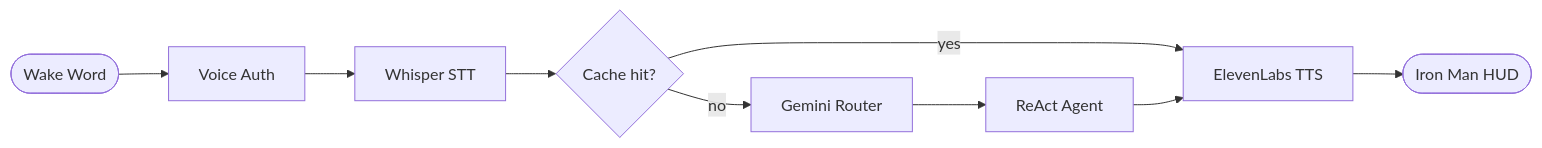
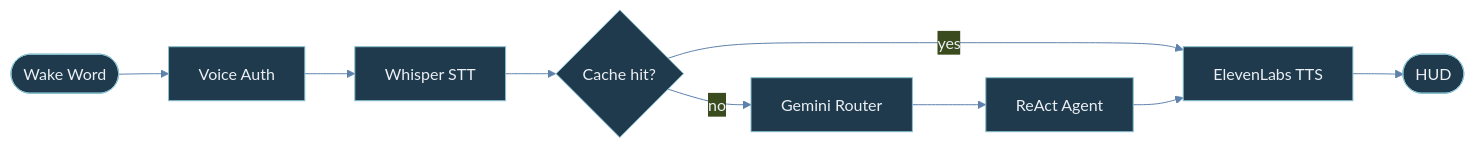
Before and after one commit to Aariyan007/Aariyan007: the diagram in README.md, drawn with Mermaid. The commit also changed other lines of this file, not shown here.

````diff
--- a/README.md
+++ b/README.md
@@ -120,11 +77,12 @@
 ```mermaid
+%%{init: {'theme':'base','themeVariables':{'primaryColor':'#1E3A4C','primaryTextColor':'#ECEFF4','primaryBorderColor':'#88C0D0','lineColor':'#5E81AC','fontFamily':'monospace'}}}%%
 flowchart LR
     A([Wake Word]) --> B[Voice Auth]
     B --> C[Whisper STT]
     C --> D{Cache hit?}
     D -- yes --> G
     D -- no --> E[Gemini Router]
     E --> F[ReAct Agent]
     F --> G[ElevenLabs TTS]
-    G --> H([Iron Man HUD])
+    G --> H([HUD])
 ```
````
